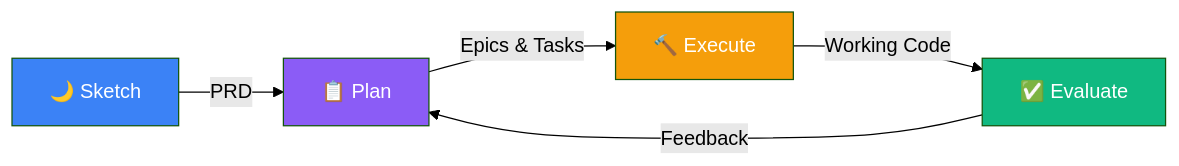
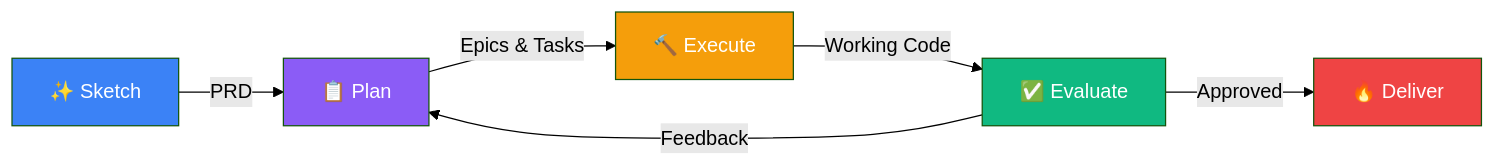
The diagram in README.md (toddmedema/OpenSprint.dev), drawn with Mermaid (forest theme) before and after one commit. The commit also changed other lines of this file and 25 other files, not shown here.

````diff
--- a/README.md
+++ b/README.md
@@ -54,12 +56,14 @@
 ```mermaid
 flowchart LR
-    A["🌙 Sketch"] -->|PRD| B["📋 Plan"]
+    A["✨ Sketch"] -->|PRD| B["📋 Plan"]
     B -->|Epics & Tasks| C["🔨 Execute"]
     C -->|Working Code| D["✅ Evaluate"]
     D -->|Feedback| B
+    D -->|Approved| E["🔥 Deliver"]
 
     style A fill:#3B82F6,color:#fff
     style B fill:#8B5CF6,color:#fff
     style C fill:#F59E0B,color:#fff
     style D fill:#10B981,color:#fff
+    style E fill:#EF4444,color:#fff
 ```
````
